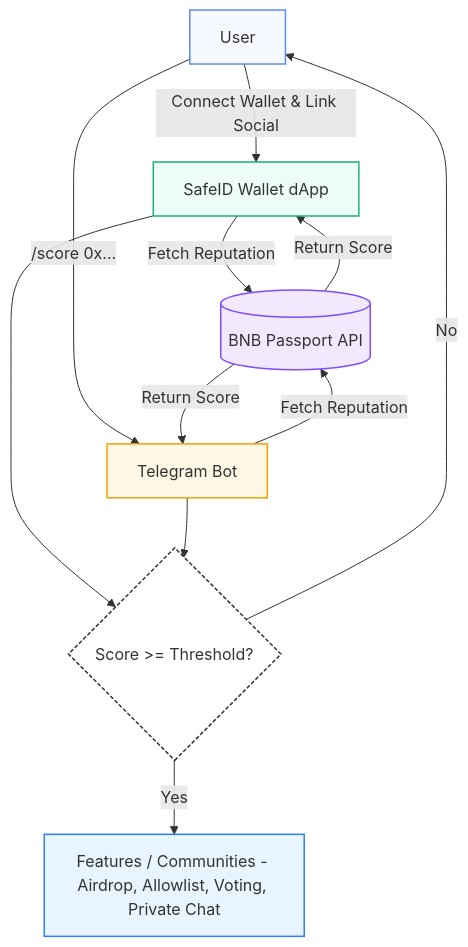
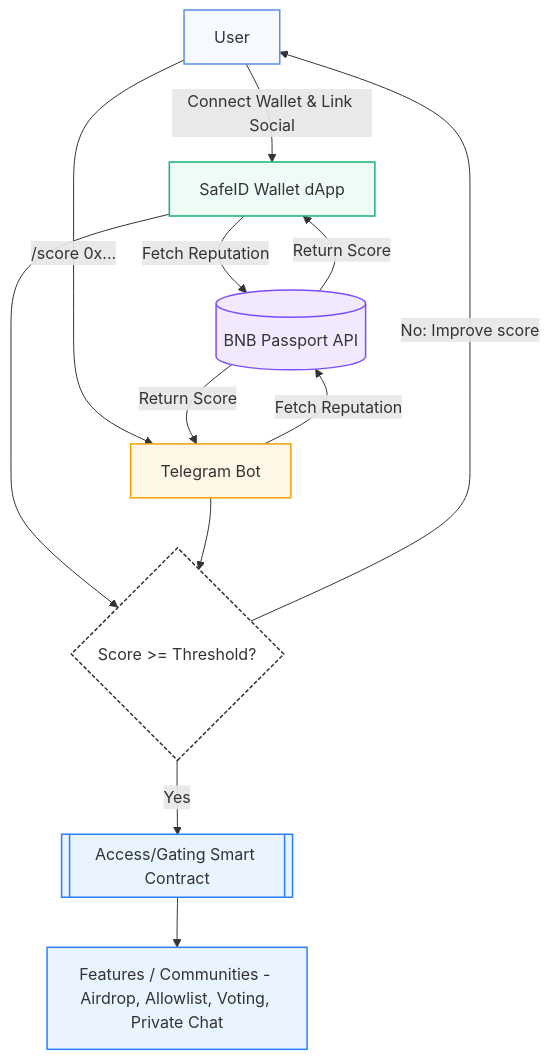
The diagram in docs/overview.md (EndiHariadi43/safeid-wallet), drawn with Mermaid before and after one commit.

````diff
--- a/docs/overview.md
+++ b/docs/overview.md
@@ -5,33 +5,35 @@
 ```mermaid
 flowchart TD
   U[User]:::user
   A[SafeID Wallet dApp]:::app
   B[Telegram Bot]:::bot
   P[(BNB Passport API)]:::passport
   G{Score >= Threshold?}:::decision
+  C[[Access/Gating Smart Contract]]:::feature
   F[Features / Communities - Airdrop, Allowlist, Voting, Private Chat]:::feature
 
   %% Flows: dApp path
   U -->|Connect Wallet & Link Social| A
   A -->|Fetch Reputation| P
   P -->|Return Score| A
   A --> G
 
   %% Flows: Bot path
   U -->|/score 0x...| B
   B -->|Fetch Reputation| P
   P -->|Return Score| B
   B --> G
 
   %% Gating
-  G -- Yes --> F
-  G -- No  --> U
+  G -- Yes --> C
+  C --> F
+  G -- No: Improve score --> U
 
   %% Styles
   classDef user fill:#f6f9ff,stroke:#5b8def,stroke-width:1.5;
   classDef app fill:#eefcf6,stroke:#19b37a,stroke-width:1.5;
   classDef bot fill:#fff7e6,stroke:#f0a202,stroke-width:1.5;
   classDef passport fill:#f2e9ff,stroke:#7c4dff,stroke-width:1.5;
   classDef decision fill:#fff,stroke:#333,stroke-width:1.5,stroke-dasharray:4 2;
   classDef feature fill:#e8f4ff,stroke:#2d7ff9,stroke-width:1.5;
 ```
````
